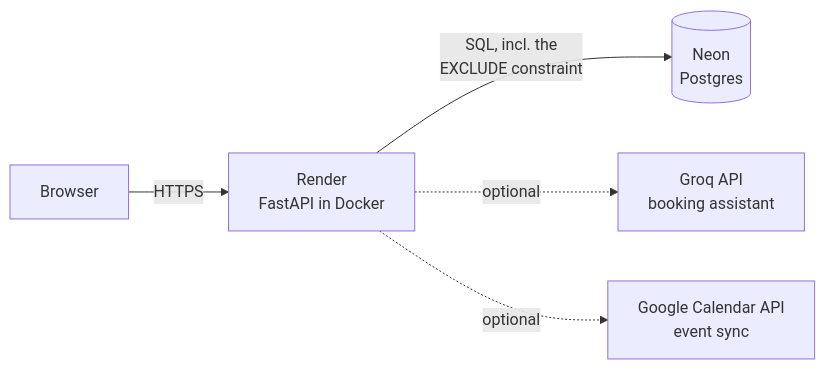
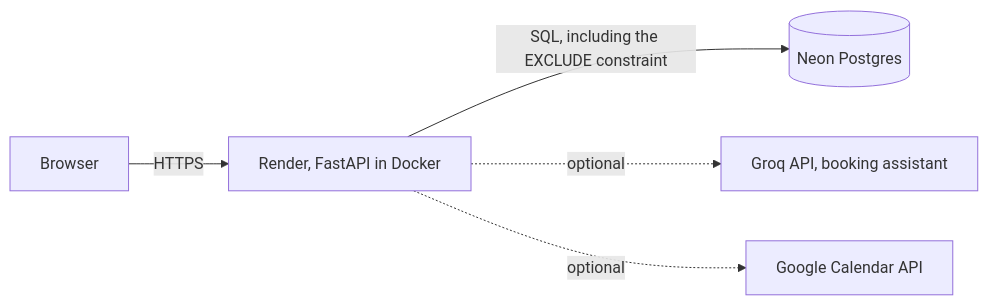
Before and after one commit to ApparentlyTejas/RoomLock: the fourth of 4 diagrams in README.md, drawn with Mermaid. The commit also changed other lines of this file, not shown here.

````diff
--- a/README.md
+++ b/README.md
@@ -559,7 +279,7 @@
 ```mermaid
 graph LR
-    User[Browser] -->|HTTPS| Render[Render<br/>FastAPI in Docker]
-    Render -->|SQL, incl. the<br/>EXCLUDE constraint| Neon[(Neon<br/>Postgres)]
-    Render -.optional.-> Groq[Groq API<br/>booking assistant]
-    Render -.optional.-> Google[Google Calendar API<br/>event sync]
+    User[Browser] -->|HTTPS| Render[Render, FastAPI in Docker]
+    Render -->|SQL, including the EXCLUDE constraint| Neon[(Neon Postgres)]
+    Render -.optional.-> Groq[Groq API, booking assistant]
+    Render -.optional.-> Google[Google Calendar API]
 ```
````
